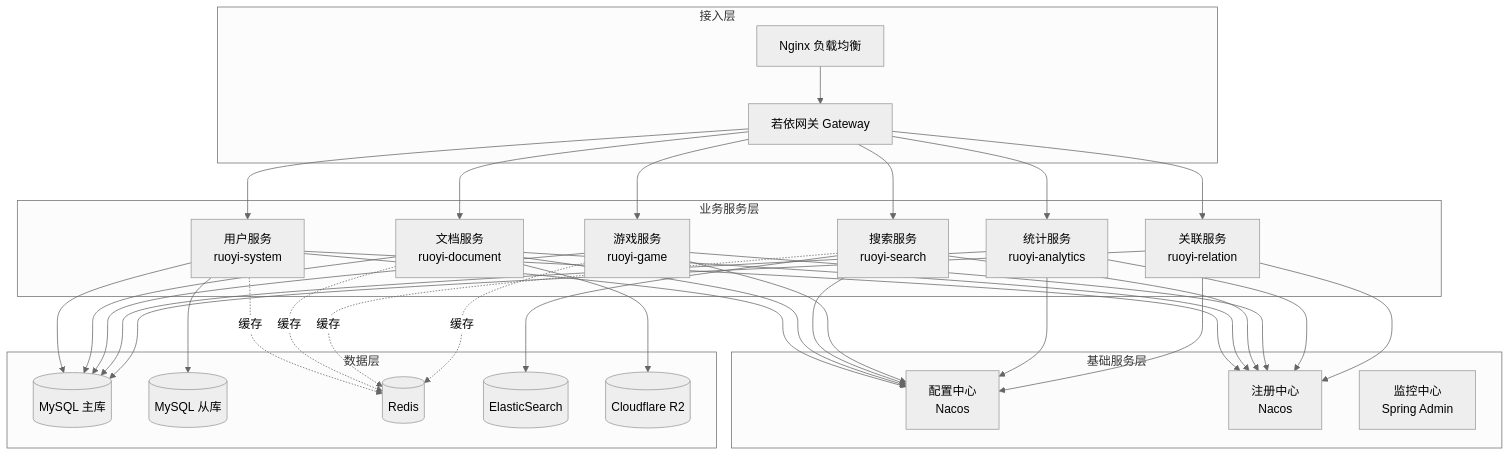
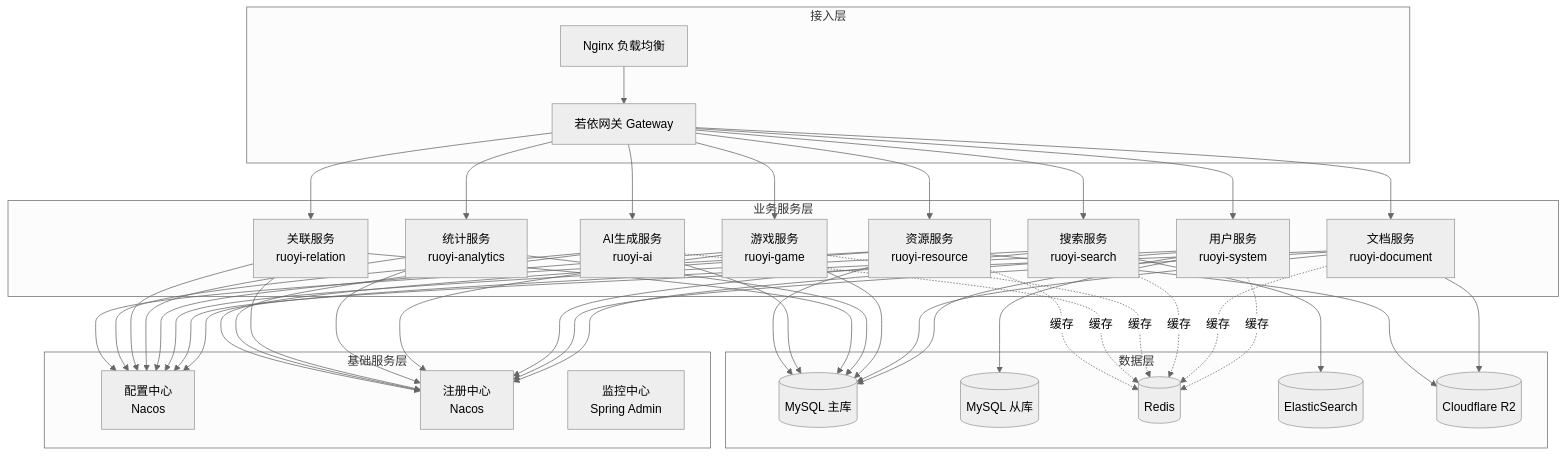
The first of 14 diagrams in docs/架构设计文档.md (MisinGuo/game-box-web), drawn with Mermaid (neutral theme) before and after one commit. The commit also changed other lines of this file and 3 other files, not shown here.

````diff
--- a/docs/架构设计文档.md
+++ b/docs/架构设计文档.md
@@ -26,66 +26,79 @@
 ```mermaid
 graph TB
     subgraph "接入层"
         A[Nginx 负载均衡]
         B[若依网关 Gateway]
     end
     
     subgraph "业务服务层"
         C[用户服务<br/>ruoyi-system]
         D[文档服务<br/>ruoyi-document]
         E[搜索服务<br/>ruoyi-search]
         F[游戏服务<br/>ruoyi-game]
         G[统计服务<br/>ruoyi-analytics]
         H[关联服务<br/>ruoyi-relation]
+        I2[AI生成服务<br/>ruoyi-ai]
+        J2[资源服务<br/>ruoyi-resource]
     end
     
     subgraph "基础服务层"
         I[配置中心<br/>Nacos]
         J[注册中心<br/>Nacos]
         K[监控中心<br/>Spring Admin]
     end
     
     subgraph "数据层"
         L[(MySQL 主库)]
         M[(MySQL 从库)]
         N[(Redis)]
         O[(ElasticSearch)]
         P[(Cloudflare R2)]
     end
     
     A --> B
     B --> C
     B --> D
     B --> E
     B --> F
     B --> G
     B --> H
+    B --> I2
+    B --> J2
     
     C --> I
     D --> I
     E --> I
     F --> I
     G --> I
     H --> I
+    I2 --> I
+    J2 --> I
     
     C --> J
     D --> J
     E --> J
     F --> J
     G --> J
     H --> J
+    I2 --> J
+    J2 --> J
     
     C --> L
     C --> M
     D --> L
     D --> P
     E --> O
     F --> L
     G --> L
     H --> L
+    I2 --> L
+    J2 --> L
+    J2 --> P
     
     C -.缓存.-> N
     D -.缓存.-> N
     E -.缓存.-> N
     F -.缓存.-> N
+    I2 -.缓存.-> N
+    J2 -.缓存.-> N
 ```
````
